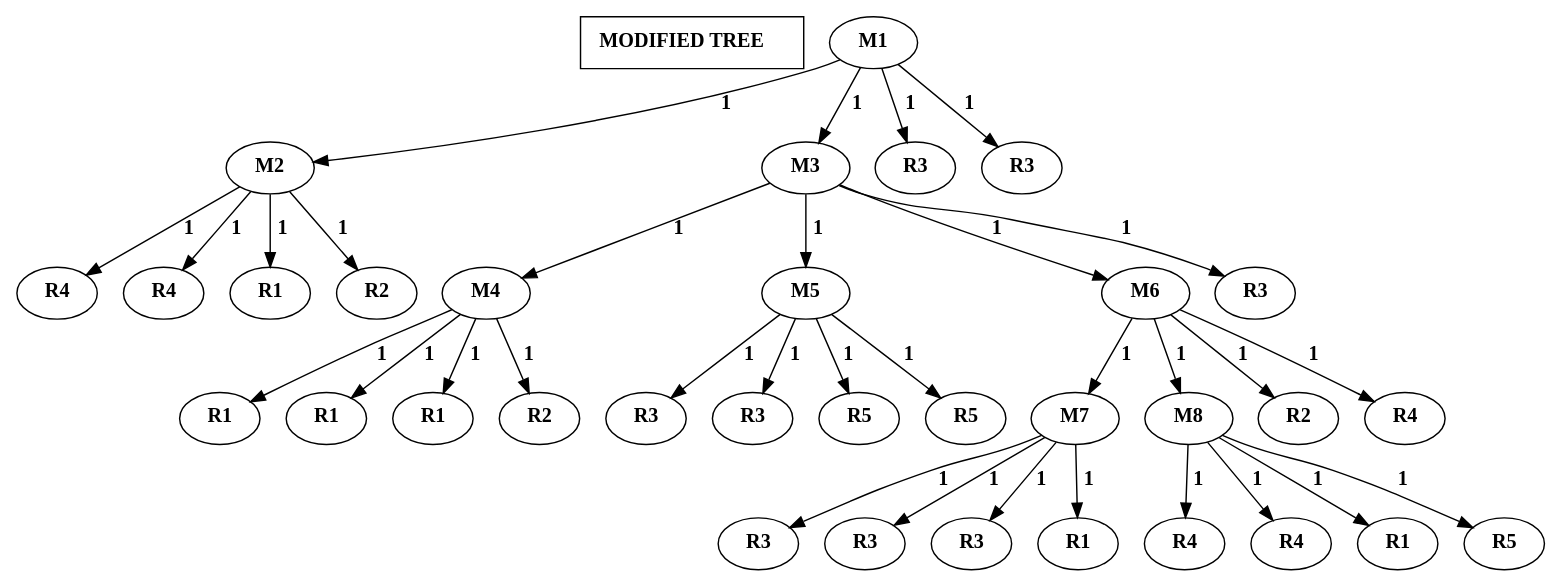
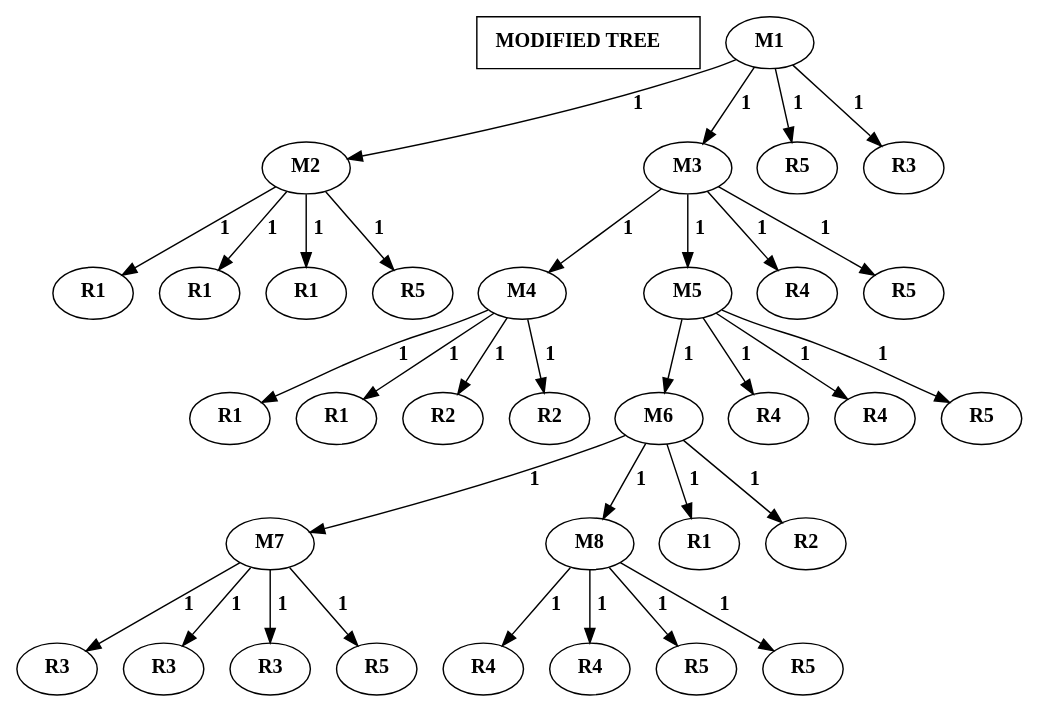
One commit to AbhikKhan/MTP_IITG changed the diagram in Previous Work/modified_graph.dot. Above: the diagram before and after it, drawn with Graphviz. The commit also changed 70 other files, not shown here.

```diff
--- a/Previous Work/modified_graph.dot
+++ b/Previous Work/modified_graph.dot
@@ -1,99 +1,99 @@
 digraph G {
 tree[label=< <B>MODIFIED TREE</B>> shape=RECTANGLE style=BOLD ]
     1 [label=< <B>M1</B>>];
     2 [label=< <B>M2</B>>];
     1 -> 2 [label=< <B>1</B>>];
     1 [label=< <B>M1</B>>];
     3 [label=< <B>M3</B>>];
     1 -> 3 [label=< <B>1</B>>];
     1 [label=< <B>M1</B>>];
-    100 [label=< <B>R3</B>>];
+    100 [label=< <B>R5</B>>];
     1 -> 100 [label=< <B>1</B>>];
     1 [label=< <B>M1</B>>];
     200 [label=< <B>R3</B>>];
     1 -> 200 [label=< <B>1</B>>];
     3 [label=< <B>M3</B>>];
     4 [label=< <B>M4</B>>];
     3 -> 4 [label=< <B>1</B>>];
     3 [label=< <B>M3</B>>];
     5 [label=< <B>M5</B>>];
     3 -> 5 [label=< <B>1</B>>];
     3 [label=< <B>M3</B>>];
+    300 [label=< <B>R4</B>>];
+    3 -> 300 [label=< <B>1</B>>];
+    3 [label=< <B>M3</B>>];
+    400 [label=< <B>R5</B>>];
+    3 -> 400 [label=< <B>1</B>>];
+    5 [label=< <B>M5</B>>];
     6 [label=< <B>M6</B>>];
-    3 -> 6 [label=< <B>1</B>>];
-    3 [label=< <B>M3</B>>];
-    300 [label=< <B>R3</B>>];
-    3 -> 300 [label=< <B>1</B>>];
+    5 -> 6 [label=< <B>1</B>>];
+    5 [label=< <B>M5</B>>];
+    500 [label=< <B>R4</B>>];
+    5 -> 500 [label=< <B>1</B>>];
+    5 [label=< <B>M5</B>>];
+    600 [label=< <B>R4</B>>];
+    5 -> 600 [label=< <B>1</B>>];
+    5 [label=< <B>M5</B>>];
+    700 [label=< <B>R5</B>>];
+    5 -> 700 [label=< <B>1</B>>];
     6 [label=< <B>M6</B>>];
     7 [label=< <B>M7</B>>];
     6 -> 7 [label=< <B>1</B>>];
     6 [label=< <B>M6</B>>];
     8 [label=< <B>M8</B>>];
     6 -> 8 [label=< <B>1</B>>];
     6 [label=< <B>M6</B>>];
-    400 [label=< <B>R2</B>>];
-    6 -> 400 [label=< <B>1</B>>];
+    800 [label=< <B>R1</B>>];
+    6 -> 800 [label=< <B>1</B>>];
     6 [label=< <B>M6</B>>];
-    500 [label=< <B>R4</B>>];
-    6 -> 500 [label=< <B>1</B>>];
+    900 [label=< <B>R2</B>>];
+    6 -> 900 [label=< <B>1</B>>];
     2 [label=< <B>M2</B>>];
-    600 [label=< <B>R4</B>>];
-    2 -> 600 [label=< <B>1</B>>];
+    1000 [label=< <B>R1</B>>];
+    2 -> 1000 [label=< <B>1</B>>];
     2 [label=< <B>M2</B>>];
-    700 [label=< <B>R4</B>>];
-    2 -> 700 [label=< <B>1</B>>];
+    1100 [label=< <B>R1</B>>];
+    2 -> 1100 [label=< <B>1</B>>];
     2 [label=< <B>M2</B>>];
-    800 [label=< <B>R1</B>>];
-    2 -> 800 [label=< <B>1</B>>];
+    1200 [label=< <B>R1</B>>];
+    2 -> 1200 [label=< <B>1</B>>];
     2 [label=< <B>M2</B>>];
-    900 [label=< <B>R2</B>>];
-    2 -> 900 [label=< <B>1</B>>];
+    1300 [label=< <B>R5</B>>];
+    2 -> 1300 [label=< <B>1</B>>];
     4 [label=< <B>M4</B>>];
-    1000 [label=< <B>R1</B>>];
-    4 -> 1000 [label=< <B>1</B>>];
+    1400 [label=< <B>R1</B>>];
+    4 -> 1400 [label=< <B>1</B>>];
     4 [label=< <B>M4</B>>];
-    1100 [label=< <B>R1</B>>];
-    4 -> 1100 [label=< <B>1</B>>];
+    1500 [label=< <B>R1</B>>];
+    4 -> 1500 [label=< <B>1</B>>];
     4 [label=< <B>M4</B>>];
-    1200 [label=< <B>R1</B>>];
-    4 -> 1200 [label=< <B>1</B>>];
+    1600 [label=< <B>R2</B>>];
+    4 -> 1600 [label=< <B>1</B>>];
     4 [label=< <B>M4</B>>];
-    1300 [label=< <B>R2</B>>];
-    4 -> 1300 [label=< <B>1</B>>];
-    5 [label=< <B>M5</B>>];
-    1400 [label=< <B>R3</B>>];
-    5 -> 1400 [label=< <B>1</B>>];
-    5 [label=< <B>M5</B>>];
-    1500 [label=< <B>R3</B>>];
-    5 -> 1500 [label=< <B>1</B>>];
-    5 [label=< <B>M5</B>>];
-    1600 [label=< <B>R5</B>>];
-    5 -> 1600 [label=< <B>1</B>>];
-    5 [label=< <B>M5</B>>];
-    1700 [label=< <B>R5</B>>];
-    5 -> 1700 [label=< <B>1</B>>];
+    1700 [label=< <B>R2</B>>];
+    4 -> 1700 [label=< <B>1</B>>];
     7 [label=< <B>M7</B>>];
     1800 [label=< <B>R3</B>>];
     7 -> 1800 [label=< <B>1</B>>];
     7 [label=< <B>M7</B>>];
     1900 [label=< <B>R3</B>>];
     7 -> 1900 [label=< <B>1</B>>];
     7 [label=< <B>M7</B>>];
     2000 [label=< <B>R3</B>>];
     7 -> 2000 [label=< <B>1</B>>];
     7 [label=< <B>M7</B>>];
-    2100 [label=< <B>R1</B>>];
+    2100 [label=< <B>R5</B>>];
     7 -> 2100 [label=< <B>1</B>>];
     8 [label=< <B>M8</B>>];
     2200 [label=< <B>R4</B>>];
     8 -> 2200 [label=< <B>1</B>>];
     8 [label=< <B>M8</B>>];
     2300 [label=< <B>R4</B>>];
     8 -> 2300 [label=< <B>1</B>>];
     8 [label=< <B>M8</B>>];
-    2400 [label=< <B>R1</B>>];
+    2400 [label=< <B>R5</B>>];
     8 -> 2400 [label=< <B>1</B>>];
     8 [label=< <B>M8</B>>];
     2500 [label=< <B>R5</B>>];
     8 -> 2500 [label=< <B>1</B>>];
 }
```
